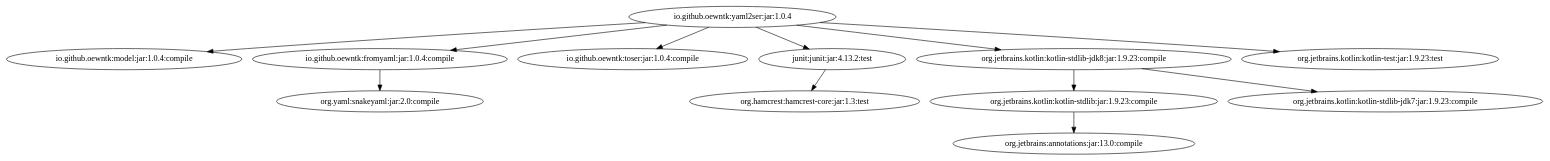
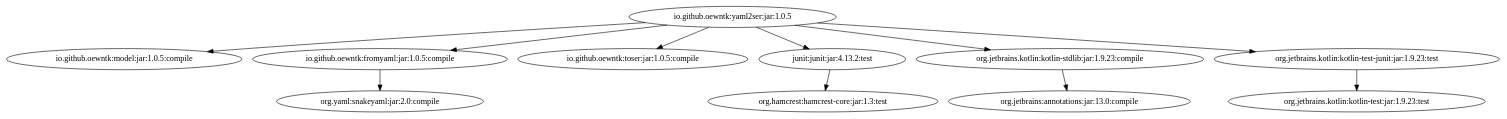
The diagram in images/grind-yaml2ser.dot (oewntk/grind_yaml2ser), drawn with Graphviz before and after one commit.

Commit message:
regenerated dot

```diff
--- a/images/grind-yaml2ser.dot
+++ b/images/grind-yaml2ser.dot
@@ -1,13 +1,12 @@
-digraph "io.github.oewntk:yaml2ser:jar:1.0.4" { 
-	"io.github.oewntk:yaml2ser:jar:1.0.4" -> "io.github.oewntk:model:jar:1.0.4:compile" ; 
-	"io.github.oewntk:yaml2ser:jar:1.0.4" -> "io.github.oewntk:fromyaml:jar:1.0.4:compile" ; 
-	"io.github.oewntk:yaml2ser:jar:1.0.4" -> "io.github.oewntk:toser:jar:1.0.4:compile" ; 
-	"io.github.oewntk:yaml2ser:jar:1.0.4" -> "junit:junit:jar:4.13.2:test" ; 
-	"io.github.oewntk:yaml2ser:jar:1.0.4" -> "org.jetbrains.kotlin:kotlin-stdlib-jdk8:jar:1.9.23:compile" ; 
-	"io.github.oewntk:yaml2ser:jar:1.0.4" -> "org.jetbrains.kotlin:kotlin-test:jar:1.9.23:test" ; 
-	"io.github.oewntk:fromyaml:jar:1.0.4:compile" -> "org.yaml:snakeyaml:jar:2.0:compile" ; 
+digraph "io.github.oewntk:yaml2ser:jar:1.0.5" { 
+	"io.github.oewntk:yaml2ser:jar:1.0.5" -> "io.github.oewntk:model:jar:1.0.5:compile" ; 
+	"io.github.oewntk:yaml2ser:jar:1.0.5" -> "io.github.oewntk:fromyaml:jar:1.0.5:compile" ; 
+	"io.github.oewntk:yaml2ser:jar:1.0.5" -> "io.github.oewntk:toser:jar:1.0.5:compile" ; 
+	"io.github.oewntk:yaml2ser:jar:1.0.5" -> "junit:junit:jar:4.13.2:test" ; 
+	"io.github.oewntk:yaml2ser:jar:1.0.5" -> "org.jetbrains.kotlin:kotlin-stdlib:jar:1.9.23:compile" ; 
+	"io.github.oewntk:yaml2ser:jar:1.0.5" -> "org.jetbrains.kotlin:kotlin-test-junit:jar:1.9.23:test" ; 
+	"io.github.oewntk:fromyaml:jar:1.0.5:compile" -> "org.yaml:snakeyaml:jar:2.0:compile" ; 
 	"junit:junit:jar:4.13.2:test" -> "org.hamcrest:hamcrest-core:jar:1.3:test" ; 
-	"org.jetbrains.kotlin:kotlin-stdlib-jdk8:jar:1.9.23:compile" -> "org.jetbrains.kotlin:kotlin-stdlib:jar:1.9.23:compile" ; 
-	"org.jetbrains.kotlin:kotlin-stdlib-jdk8:jar:1.9.23:compile" -> "org.jetbrains.kotlin:kotlin-stdlib-jdk7:jar:1.9.23:compile" ; 
 	"org.jetbrains.kotlin:kotlin-stdlib:jar:1.9.23:compile" -> "org.jetbrains:annotations:jar:13.0:compile" ; 
+	"org.jetbrains.kotlin:kotlin-test-junit:jar:1.9.23:test" -> "org.jetbrains.kotlin:kotlin-test:jar:1.9.23:test" ; 
  } 
```
